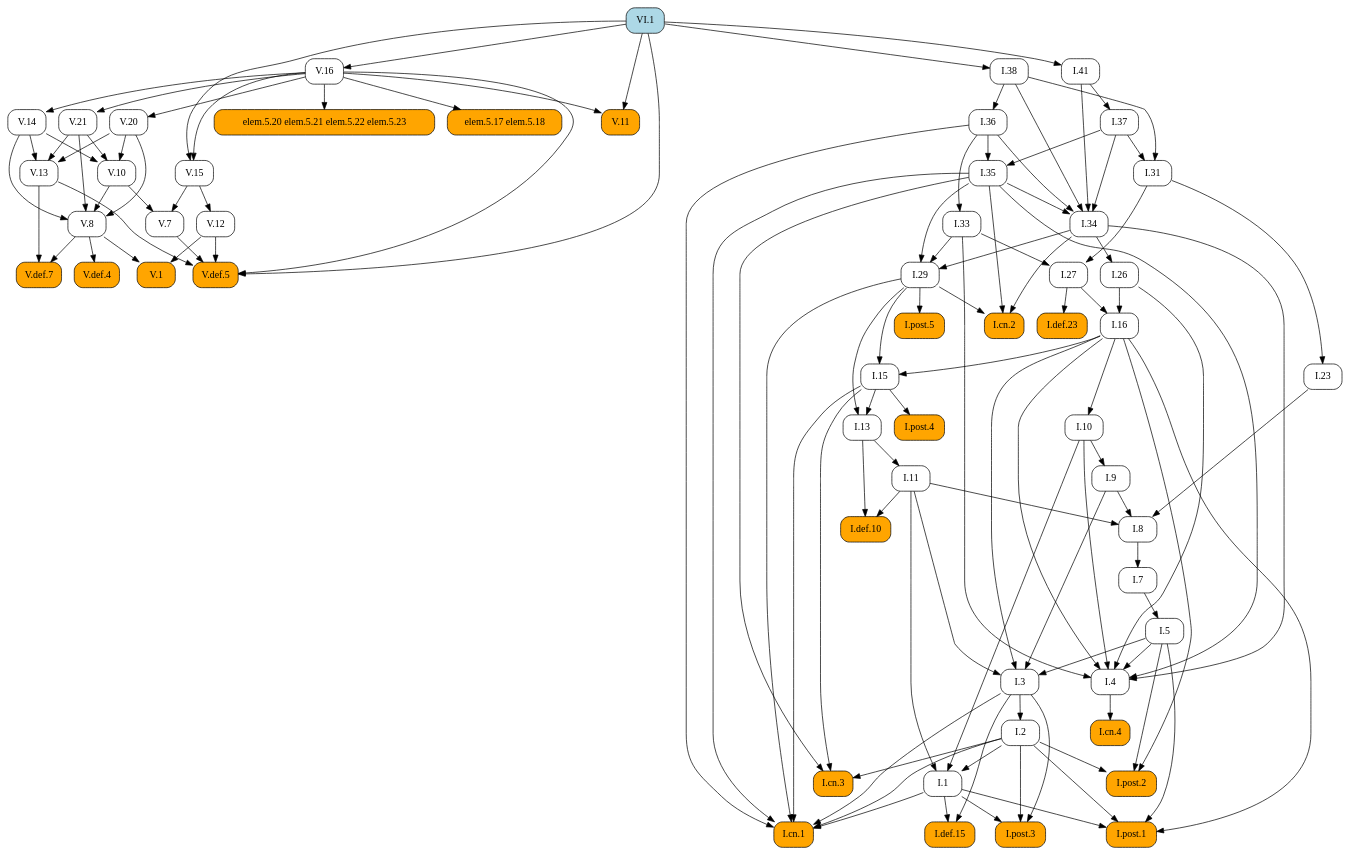
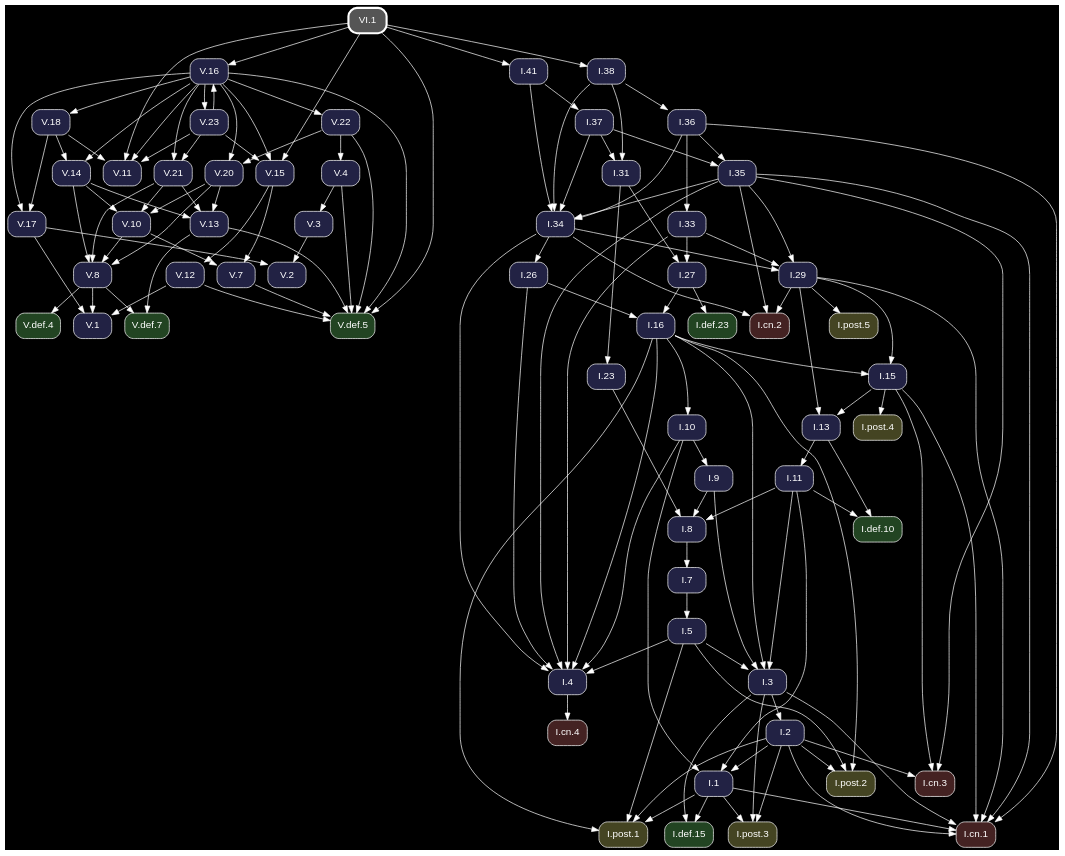
Before and after one commit to geometor/elements: the diagram in docsrc/heath/VI/1/index.rst, drawn with Graphviz. The commit also changed other lines of this file and 1200 other files, not shown here.

Commit message:
update dependency graphs

```diff
--- a/docsrc/heath/VI/1/index.rst
+++ b/docsrc/heath/VI/1/index.rst
@@ -67,113 +67,88 @@
 .. graphviz::
 
    digraph {
+     bgcolor="black";
+     node [shape=box, style="rounded,filled", fontname="Helvetica", color="white", fontcolor="white"];
+     edge [color="white", fontcolor="white"];
      rankdir="TB";
-     node [shape=box, style=rounded];
-     "V.16" [URL="/heath/V/16/", target="_top"];
-     "I.23" [URL="/heath/I/23/", target="_top"];
-     "I.9" [URL="/heath/I/9/", target="_top"];
-     "I.33" [URL="/heath/I/33/", target="_top"];
-     "I.def.15" [style="rounded,filled", fillcolor=orange, URL="/heath/I/def.15/", target="_top"];
-     "V.13" [URL="/heath/V/13/", target="_top"];
-     "V.7" [URL="/heath/V/7/", target="_top"];
-     "elem.5.17 elem.5.18" [style="rounded,filled", fillcolor=orange];
-     "I.post.3" [style="rounded,filled", fillcolor=orange, URL="/heath/I/post.3/", target="_top"];
-     "I.post.1" [style="rounded,filled", fillcolor=orange, URL="/heath/I/post.1/", target="_top"];
-     "V.14" [URL="/heath/V/14/", target="_top"];
-     "V.def.5" [style="rounded,filled", fillcolor=orange, URL="/heath/V/def.5/", target="_top"];
-     "I.31" [URL="/heath/I/31/", target="_top"];
-     "V.10" [URL="/heath/V/10/", target="_top"];
-     "I.def.10" [style="rounded,filled", fillcolor=orange, URL="/heath/I/def.10/", target="_top"];
-     "VI.1" [style="rounded,filled", fillcolor=lightblue, URL="/heath/VI/1/", target="_top"];
-     "V.20" [URL="/heath/V/20/", target="_top"];
-     "I.27" [URL="/heath/I/27/", target="_top"];
-     "V.11" [style="rounded,filled", fillcolor=orange, URL="/heath/V/11/", target="_top"];
-     "V.12" [URL="/heath/V/12/", target="_top"];
-     "I.34" [URL="/heath/I/34/", target="_top"];
-     "I.3" [URL="/heath/I/3/", target="_top"];
-     "V.def.4" [style="rounded,filled", fillcolor=orange, URL="/heath/V/def.4/", target="_top"];
-     "I.35" [URL="/heath/I/35/", target="_top"];
-     "I.cn.1" [style="rounded,filled", fillcolor=orange, URL="/heath/I/cn.1/", target="_top"];
-     "V.def.7" [style="rounded,filled", fillcolor=orange, URL="/heath/V/def.7/", target="_top"];
-     "I.7" [URL="/heath/I/7/", target="_top"];
-     "V.21" [URL="/heath/V/21/", target="_top"];
-     "I.2" [URL="/heath/I/2/", target="_top"];
-     "I.36" [URL="/heath/I/36/", target="_top"];
-     "I.13" [URL="/heath/I/13/", target="_top"];
-     "I.post.4" [style="rounded,filled", fillcolor=orange, URL="/heath/I/post.4/", target="_top"];
-     "I.4" [URL="/heath/I/4/", target="_top"];
-     "I.1" [URL="/heath/I/1/", target="_top"];
-     "I.5" [URL="/heath/I/5/", target="_top"];
-     "I.37" [URL="/heath/I/37/", target="_top"];
-     "I.8" [URL="/heath/I/8/", target="_top"];
-     "I.29" [URL="/heath/I/29/", target="_top"];
-     "I.cn.3" [style="rounded,filled", fillcolor=orange, URL="/heath/I/cn.3/", target="_top"];
-     "I.16" [URL="/heath/I/16/", target="_top"];
-     "I.38" [URL="/heath/I/38/", target="_top"];
-     "V.8" [URL="/heath/V/8/", target="_top"];
-     "I.15" [URL="/heath/I/15/", target="_top"];
-     "V.1" [style="rounded,filled", fillcolor=orange, URL="/heath/V/1/", target="_top"];
-     "I.10" [URL="/heath/I/10/", target="_top"];
-     "I.def.23" [style="rounded,filled", fillcolor=orange, URL="/heath/I/def.23/", target="_top"];
-     "I.11" [URL="/heath/I/11/", target="_top"];
-     "I.cn.2" [style="rounded,filled", fillcolor=orange, URL="/heath/I/cn.2/", target="_top"];
-     "I.post.5" [style="rounded,filled", fillcolor=orange, URL="/heath/I/post.5/", target="_top"];
-     "I.cn.4" [style="rounded,filled", fillcolor=orange, URL="/heath/I/cn.4/", target="_top"];
-     "V.15" [URL="/heath/V/15/", target="_top"];
-     "I.41" [URL="/heath/I/41/", target="_top"];
-     "I.post.2" [style="rounded,filled", fillcolor=orange, URL="/heath/I/post.2/", target="_top"];
-     "I.26" [URL="/heath/I/26/", target="_top"];
-     "elem.5.20 elem.5.21 elem.5.22 elem.5.23" [style="rounded,filled", fillcolor=orange];
-     "VI.1" -> "V.16";
-     "I.31" -> "I.23";
-     "I.10" -> "I.9";
-     "I.36" -> "I.33";
-     "I.1" -> "I.def.15";
-     "I.3" -> "I.def.15";
-     "V.14" -> "V.13";
-     "V.20" -> "V.13";
-     "V.21" -> "V.13";
-     "V.10" -> "V.7";
-     "V.15" -> "V.7";
-     "V.16" -> "elem.5.17 elem.5.18";
-     "I.1" -> "I.post.3";
-     "I.2" -> "I.post.3";
-     "I.3" -> "I.post.3";
-     "I.1" -> "I.post.1";
-     "I.2" -> "I.post.1";
-     "I.5" -> "I.post.1";
-     "I.16" -> "I.post.1";
-     "V.16" -> "V.14";
+     "V.15" [fillcolor="#222244", URL="/heath/V/15/", target="_top"];
+     "V.def.5" [fillcolor="#224422", URL="/heath/V/def.5/", target="_top"];
+     "V.22" [fillcolor="#222244", URL="/heath/V/22/", target="_top"];
+     "I.31" [fillcolor="#222244", URL="/heath/I/31/", target="_top"];
+     "I.3" [fillcolor="#222244", URL="/heath/I/3/", target="_top"];
+     "V.12" [fillcolor="#222244", URL="/heath/V/12/", target="_top"];
+     "I.cn.1" [fillcolor="#442222", URL="/heath/I/cn.1/", target="_top"];
+     "V.18" [fillcolor="#222244", URL="/heath/V/18/", target="_top"];
+     "I.15" [fillcolor="#222244", URL="/heath/I/15/", target="_top"];
+     "V.14" [fillcolor="#222244", URL="/heath/V/14/", target="_top"];
+     "I.def.10" [fillcolor="#224422", URL="/heath/I/def.10/", target="_top"];
+     "I.13" [fillcolor="#222244", URL="/heath/I/13/", target="_top"];
+     "I.27" [fillcolor="#222244", URL="/heath/I/27/", target="_top"];
+     "V.23" [fillcolor="#222244", URL="/heath/V/23/", target="_top"];
+     "I.2" [fillcolor="#222244", URL="/heath/I/2/", target="_top"];
+     "I.41" [fillcolor="#222244", URL="/heath/I/41/", target="_top"];
+     "I.cn.2" [fillcolor="#442222", URL="/heath/I/cn.2/", target="_top"];
+     "I.9" [fillcolor="#222244", URL="/heath/I/9/", target="_top"];
+     "I.1" [fillcolor="#222244", URL="/heath/I/1/", target="_top"];
+     "I.post.5" [fillcolor="#444422", URL="/heath/I/post.5/", target="_top"];
+     "I.post.4" [fillcolor="#444422", URL="/heath/I/post.4/", target="_top"];
+     "I.23" [fillcolor="#222244", URL="/heath/I/23/", target="_top"];
+     "I.26" [fillcolor="#222244", URL="/heath/I/26/", target="_top"];
+     "I.8" [fillcolor="#222244", URL="/heath/I/8/", target="_top"];
+     "I.4" [fillcolor="#222244", URL="/heath/I/4/", target="_top"];
+     "V.4" [fillcolor="#222244", URL="/heath/V/4/", target="_top"];
+     "V.16" [fillcolor="#222244", URL="/heath/V/16/", target="_top"];
+     "I.7" [fillcolor="#222244", URL="/heath/I/7/", target="_top"];
+     "V.7" [fillcolor="#222244", URL="/heath/V/7/", target="_top"];
+     "I.5" [fillcolor="#222244", URL="/heath/I/5/", target="_top"];
+     "I.10" [fillcolor="#222244", URL="/heath/I/10/", target="_top"];
+     "VI.1" [penwidth=3, color="white", fillcolor="#555555", URL="/heath/VI/1/", target="_top"];
+     "V.11" [fillcolor="#222244", URL="/heath/V/11/", target="_top"];
+     "V.def.7" [fillcolor="#224422", URL="/heath/V/def.7/", target="_top"];
+     "V.def.4" [fillcolor="#224422", URL="/heath/V/def.4/", target="_top"];
+     "V.20" [fillcolor="#222244", URL="/heath/V/20/", target="_top"];
+     "I.post.1" [fillcolor="#444422", URL="/heath/I/post.1/", target="_top"];
+     "I.11" [fillcolor="#222244", URL="/heath/I/11/", target="_top"];
+     "I.37" [fillcolor="#222244", URL="/heath/I/37/", target="_top"];
+     "I.16" [fillcolor="#222244", URL="/heath/I/16/", target="_top"];
+     "I.cn.3" [fillcolor="#442222", URL="/heath/I/cn.3/", target="_top"];
+     "I.36" [fillcolor="#222244", URL="/heath/I/36/", target="_top"];
+     "I.38" [fillcolor="#222244", URL="/heath/I/38/", target="_top"];
+     "I.29" [fillcolor="#222244", URL="/heath/I/29/", target="_top"];
+     "I.post.2" [fillcolor="#444422", URL="/heath/I/post.2/", target="_top"];
+     "I.cn.4" [fillcolor="#442222", URL="/heath/I/cn.4/", target="_top"];
+     "I.def.23" [fillcolor="#224422", URL="/heath/I/def.23/", target="_top"];
+     "V.2" [fillcolor="#222244", URL="/heath/V/2/", target="_top"];
+     "I.35" [fillcolor="#222244", URL="/heath/I/35/", target="_top"];
+     "V.1" [fillcolor="#222244", URL="/heath/V/1/", target="_top"];
+     "I.post.3" [fillcolor="#444422", URL="/heath/I/post.3/", target="_top"];
+     "V.13" [fillcolor="#222244", URL="/heath/V/13/", target="_top"];
+     "V.21" [fillcolor="#222244", URL="/heath/V/21/", target="_top"];
+     "I.33" [fillcolor="#222244", URL="/heath/I/33/", target="_top"];
+     "V.8" [fillcolor="#222244", URL="/heath/V/8/", target="_top"];
+     "I.34" [fillcolor="#222244", URL="/heath/I/34/", target="_top"];
+     "I.def.15" [fillcolor="#224422", URL="/heath/I/def.15/", target="_top"];
+     "V.3" [fillcolor="#222244", URL="/heath/V/3/", target="_top"];
+     "V.17" [fillcolor="#222244", URL="/heath/V/17/", target="_top"];
+     "V.10" [fillcolor="#222244", URL="/heath/V/10/", target="_top"];
+     "V.16" -> "V.15";
+     "V.23" -> "V.15";
+     "VI.1" -> "V.15";
+     "V.4" -> "V.def.5";
      "V.7" -> "V.def.5";
      "V.12" -> "V.def.5";
      "V.13" -> "V.def.5";
      "V.16" -> "V.def.5";
+     "V.22" -> "V.def.5";
      "VI.1" -> "V.def.5";
+     "V.16" -> "V.22";
      "I.37" -> "I.31";
      "I.38" -> "I.31";
-     "V.14" -> "V.10";
-     "V.20" -> "V.10";
-     "V.21" -> "V.10";
-     "I.11" -> "I.def.10";
-     "I.13" -> "I.def.10";
-     "V.16" -> "V.20";
-     "I.31" -> "I.27";
-     "I.33" -> "I.27";
-     "V.16" -> "V.11";
-     "VI.1" -> "V.11";
-     "V.15" -> "V.12";
-     "I.35" -> "I.34";
-     "I.36" -> "I.34";
-     "I.37" -> "I.34";
-     "I.38" -> "I.34";
-     "I.41" -> "I.34";
      "I.5" -> "I.3";
      "I.9" -> "I.3";
      "I.11" -> "I.3";
      "I.16" -> "I.3";
-     "V.8" -> "V.def.4";
-     "I.36" -> "I.35";
-     "I.37" -> "I.35";
+     "V.15" -> "V.12";
      "I.1" -> "I.cn.1";
      "I.2" -> "I.cn.1";
      "I.3" -> "I.cn.1";
@@ -181,15 +156,34 @@
      "I.29" -> "I.cn.1";
      "I.35" -> "I.cn.1";
      "I.36" -> "I.cn.1";
-     "V.8" -> "V.def.7";
-     "V.13" -> "V.def.7";
-     "I.8" -> "I.7";
-     "V.16" -> "V.21";
-     "I.3" -> "I.2";
-     "I.38" -> "I.36";
+     "V.16" -> "V.18";
+     "I.16" -> "I.15";
+     "I.29" -> "I.15";
+     "V.16" -> "V.14";
+     "V.18" -> "V.14";
+     "I.11" -> "I.def.10";
+     "I.13" -> "I.def.10";
      "I.15" -> "I.13";
      "I.29" -> "I.13";
+     "I.31" -> "I.27";
+     "I.33" -> "I.27";
+     "V.16" -> "V.23";
+     "I.3" -> "I.2";
+     "VI.1" -> "I.41";
+     "I.29" -> "I.cn.2";
+     "I.34" -> "I.cn.2";
+     "I.35" -> "I.cn.2";
+     "I.10" -> "I.9";
+     "I.2" -> "I.1";
+     "I.10" -> "I.1";
+     "I.11" -> "I.1";
+     "I.29" -> "I.post.5";
      "I.15" -> "I.post.4";
+     "I.31" -> "I.23";
+     "I.34" -> "I.26";
+     "I.9" -> "I.8";
+     "I.11" -> "I.8";
+     "I.23" -> "I.8";
      "I.5" -> "I.4";
      "I.10" -> "I.4";
      "I.16" -> "I.4";
@@ -197,45 +191,75 @@
      "I.33" -> "I.4";
      "I.34" -> "I.4";
      "I.35" -> "I.4";
-     "I.2" -> "I.1";
-     "I.10" -> "I.1";
-     "I.11" -> "I.1";
+     "V.22" -> "V.4";
+     "V.23" -> "V.16";
+     "VI.1" -> "V.16";
+     "I.8" -> "I.7";
+     "V.10" -> "V.7";
+     "V.15" -> "V.7";
      "I.7" -> "I.5";
+     "I.16" -> "I.10";
+     "V.16" -> "V.11";
+     "V.18" -> "V.11";
+     "V.23" -> "V.11";
+     "VI.1" -> "V.11";
+     "V.8" -> "V.def.7";
+     "V.13" -> "V.def.7";
+     "V.8" -> "V.def.4";
+     "V.16" -> "V.20";
+     "V.22" -> "V.20";
+     "I.1" -> "I.post.1";
+     "I.2" -> "I.post.1";
+     "I.5" -> "I.post.1";
+     "I.16" -> "I.post.1";
+     "I.13" -> "I.11";
      "I.41" -> "I.37";
-     "I.9" -> "I.8";
-     "I.11" -> "I.8";
-     "I.23" -> "I.8";
+     "I.26" -> "I.16";
+     "I.27" -> "I.16";
+     "I.2" -> "I.cn.3";
+     "I.15" -> "I.cn.3";
+     "I.35" -> "I.cn.3";
+     "I.38" -> "I.36";
+     "VI.1" -> "I.38";
      "I.33" -> "I.29";
      "I.34" -> "I.29";
      "I.35" -> "I.29";
-     "I.2" -> "I.cn.3";
-     "I.15" -> "I.cn.3";
-     "I.35" -> "I.cn.3";
-     "I.26" -> "I.16";
-     "I.27" -> "I.16";
-     "VI.1" -> "I.38";
+     "I.2" -> "I.post.2";
+     "I.5" -> "I.post.2";
+     "I.16" -> "I.post.2";
+     "I.4" -> "I.cn.4";
+     "I.27" -> "I.def.23";
+     "V.3" -> "V.2";
+     "V.17" -> "V.2";
+     "I.36" -> "I.35";
+     "I.37" -> "I.35";
+     "V.8" -> "V.1";
+     "V.12" -> "V.1";
+     "V.17" -> "V.1";
+     "I.1" -> "I.post.3";
+     "I.2" -> "I.post.3";
+     "I.3" -> "I.post.3";
+     "V.14" -> "V.13";
+     "V.20" -> "V.13";
+     "V.21" -> "V.13";
+     "V.16" -> "V.21";
+     "V.23" -> "V.21";
+     "I.36" -> "I.33";
      "V.10" -> "V.8";
      "V.14" -> "V.8";
      "V.20" -> "V.8";
      "V.21" -> "V.8";
-     "I.16" -> "I.15";
-     "I.29" -> "I.15";
-     "V.8" -> "V.1";
-     "V.12" -> "V.1";
-     "I.16" -> "I.10";
-     "I.27" -> "I.def.23";
-     "I.13" -> "I.11";
-     "I.29" -> "I.cn.2";
-     "I.34" -> "I.cn.2";
-     "I.35" -> "I.cn.2";
-     "I.29" -> "I.post.5";
-     "I.4" -> "I.cn.4";
-     "V.16" -> "V.15";
-     "VI.1" -> "V.15";
-     "VI.1" -> "I.41";
-     "I.2" -> "I.post.2";
-     "I.5" -> "I.post.2";
-     "I.16" -> "I.post.2";
-     "I.34" -> "I.26";
-     "V.16" -> "elem.5.20 elem.5.21 elem.5.22 elem.5.23";
+     "I.35" -> "I.34";
+     "I.36" -> "I.34";
+     "I.37" -> "I.34";
+     "I.38" -> "I.34";
+     "I.41" -> "I.34";
+     "I.1" -> "I.def.15";
+     "I.3" -> "I.def.15";
+     "V.4" -> "V.3";
+     "V.16" -> "V.17";
+     "V.18" -> "V.17";
+     "V.14" -> "V.10";
+     "V.20" -> "V.10";
+     "V.21" -> "V.10";
    }
```
